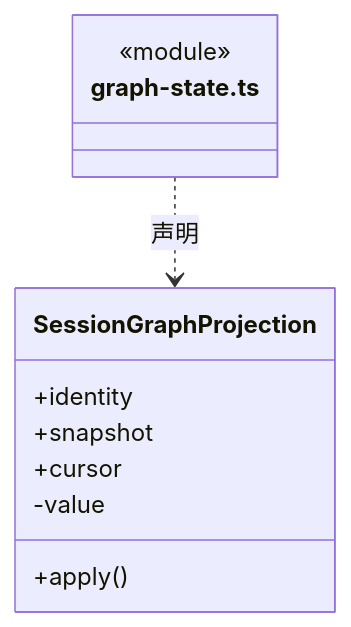
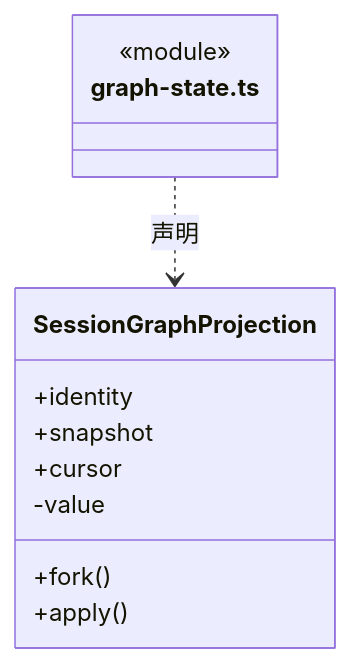
The sixth of 29 diagrams in src/frontend/tasks/ARCHITECTURE.md (nan023062/cbim), drawn with Mermaid before and after one commit. The commit also changed other lines of this file and 47 other files, not shown here.

````diff
--- a/src/frontend/tasks/ARCHITECTURE.md
+++ b/src/frontend/tasks/ARCHITECTURE.md
@@ -130,14 +134,15 @@
 ```mermaid
 classDiagram
 class N_src_frontend_tasks_graph_state_ts["graph-state.ts"] {
   <<module>>
 }
 class N_src_frontend_tasks_graph_state_ts_SessionGraphProjection["SessionGraphProjection"] {
   +identity
   +snapshot
   +cursor
+  +fork()
   +apply()
   -value
 }
 N_src_frontend_tasks_graph_state_ts ..> N_src_frontend_tasks_graph_state_ts_SessionGraphProjection : 声明
 ```
````
